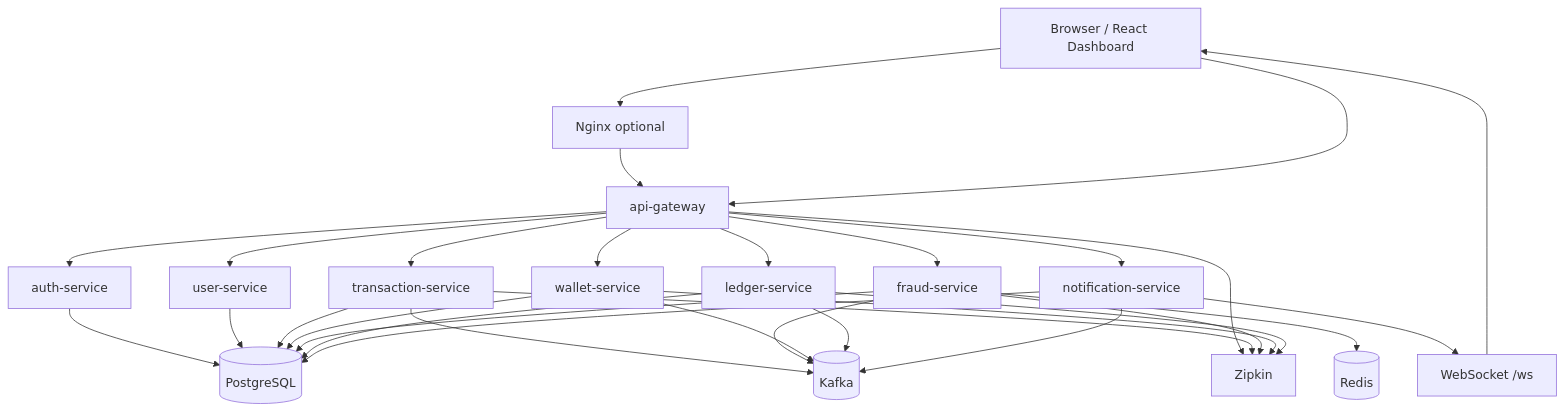
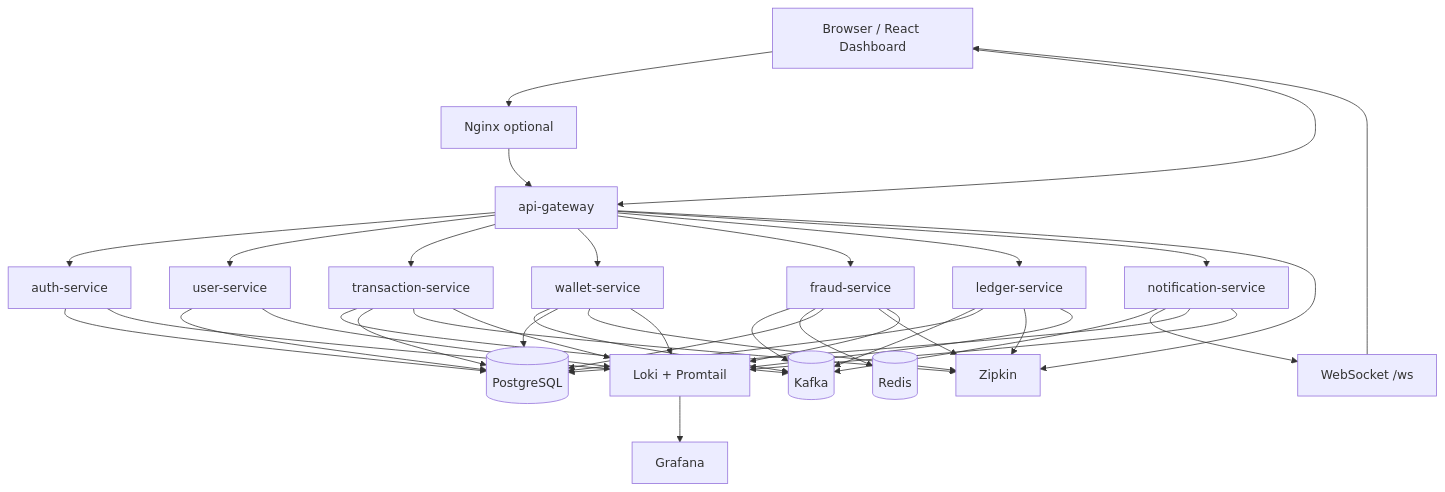
The diagram in Real Time banking/Business Analysis Docs/Tech Spec/04_infrastructure_and_deployment.md (Sora0977/note-storage), drawn with Mermaid before and after one commit. The commit also changed other lines of this file and 4 other files, not shown here.

````diff
--- a/Real Time banking/Business Analysis Docs/Tech Spec/04_infrastructure_and_deployment.md
+++ b/Real Time banking/Business Analysis Docs/Tech Spec/04_infrastructure_and_deployment.md
@@ -9,38 +9,47 @@
 ```mermaid
 flowchart TB
     User[Browser / React Dashboard] --> Nginx[Nginx optional]
     Nginx --> Gateway[api-gateway]
     User --> Gateway
 
     Gateway --> Auth[auth-service]
     Gateway --> UserSvc[user-service]
     Gateway --> Tx[transaction-service]
     Gateway --> Wallet[wallet-service]
     Gateway --> Fraud[fraud-service]
     Gateway --> Ledger[ledger-service]
     Gateway --> Notify[notification-service]
 
     Tx --> Kafka[(Kafka)]
     Fraud --> Kafka
     Wallet --> Kafka
     Ledger --> Kafka
     Notify --> Kafka
 
     Fraud --> Redis[(Redis)]
     Notify --> WebSocket[WebSocket /ws]
     WebSocket --> User
 
     Auth --> Postgres[(PostgreSQL)]
     UserSvc --> Postgres
     Tx --> Postgres
     Wallet --> Postgres
     Fraud --> Postgres
     Ledger --> Postgres
     Notify --> Postgres
 
     Gateway --> Zipkin[Zipkin]
     Tx --> Zipkin
     Fraud --> Zipkin
     Wallet --> Zipkin
     Ledger --> Zipkin
+
+    Auth --> Logs[Loki + Promtail]
+    UserSvc --> Logs
+    Tx --> Logs
+    Wallet --> Logs
+    Fraud --> Logs
+    Ledger --> Logs
+    Notify --> Logs
+    Logs --> Grafana[Grafana]
 ```
````
